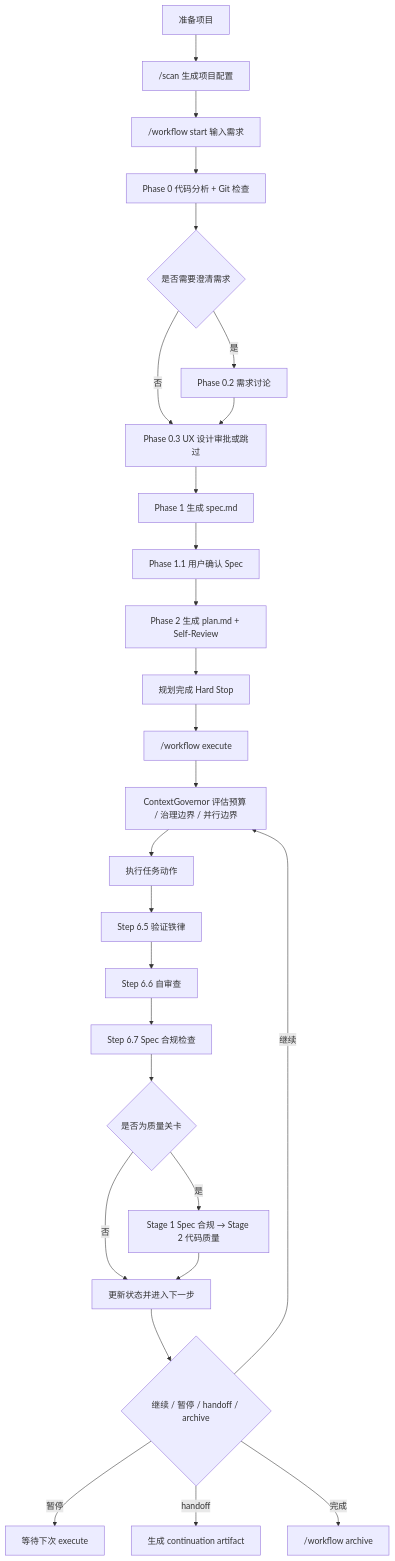
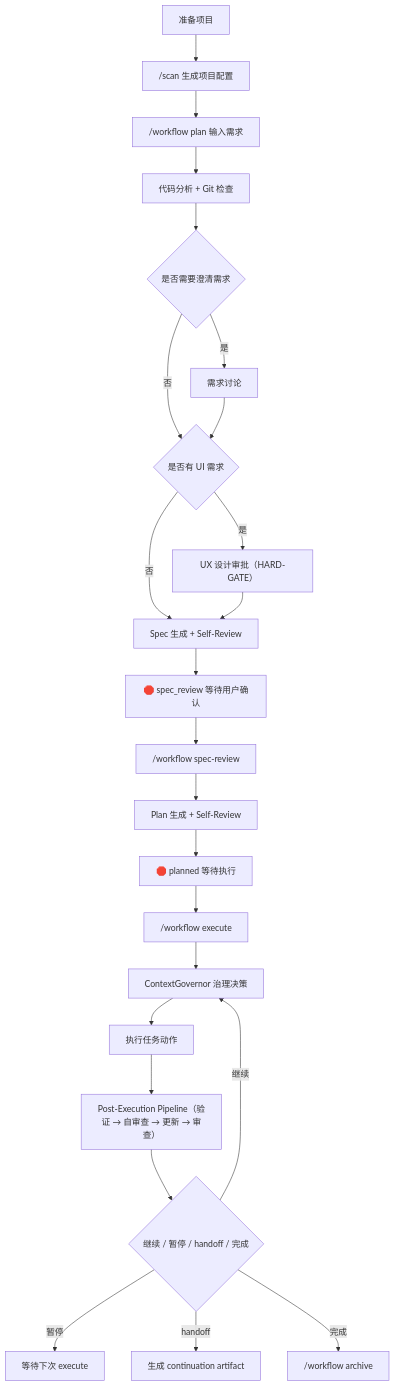
The diagram in README.md (fan776783/claude-workflow), drawn with Mermaid before and after one commit. The commit also changed other lines of this file and 25 other files, not shown here.

````diff
--- a/README.md
+++ b/README.md
@@ -224,29 +240,27 @@
 ```mermaid
 flowchart TD
     A["准备项目"] --> B["/scan 生成项目配置"]
-    B --> C["/workflow start 输入需求"]
-    C --> D["Phase 0 代码分析 + Git 检查"]
+    B --> C["/workflow plan 输入需求"]
+    C --> D["代码分析 + Git 检查"]
     D --> E{"是否需要澄清需求"}
-    E -->|是| F["Phase 0.2 需求讨论"]
-    E -->|否| G["Phase 0.3 UX 设计审批或跳过"]
+    E -->|是| F["需求讨论"]
+    E -->|否| G{"是否有 UI 需求"}
     F --> G
-    G --> H["Phase 1 生成 spec.md"]
-    H --> I["Phase 1.1 用户确认 Spec"]
-    I --> J["Phase 2 生成 plan.md + Self-Review"]
-    J --> K["规划完成 Hard Stop"]
-    K --> L["/workflow execute"]
-    L --> M["ContextGovernor 评估预算 / 治理边界 / 并行边界"]
-    M --> N["执行任务动作"]
-    N --> O["Step 6.5 验证铁律"]
-    O --> P["Step 6.6 自审查"]
-    P --> Q["Step 6.7 Spec 合规检查"]
-    Q --> R{"是否为质量关卡"}
-    R -->|是| S["Stage 1 Spec 合规 → Stage 2 代码质量"]
-    R -->|否| T["更新状态并进入下一步"]
-    S --> T
-    T --> U{"继续 / 暂停 / handoff / archive"}
-    U -->|继续| M
-    U -->|暂停| V["等待下次 execute"]
-    U -->|handoff| W["生成 continuation artifact"]
-    U -->|完成| X["/workflow archive"]
+    G -->|是| H["UX 设计审批（HARD-GATE）"]
+    G -->|否| I["Spec 生成 + Self-Review"]
+    H --> I
+    I --> J["🛑 spec_review 等待用户确认"]
+    J --> K["/workflow spec-review"]
+    K --> L["Plan 生成 + Self-Review"]
+    L --> M["🛑 planned 等待执行"]
+
+    M --> N["/workflow execute"]
+    N --> O["ContextGovernor 治理决策"]
+    O --> P["执行任务动作"]
+    P --> Q["Post-Execution Pipeline（验证 → 自审查 → 更新 → 审查）"]
+    Q --> R{"继续 / 暂停 / handoff / 完成"}
+    R -->|继续| O
+    R -->|暂停| S["等待下次 execute"]
+    R -->|handoff| T["生成 continuation artifact"]
+    R -->|完成| U["/workflow archive"]
 ```
````
